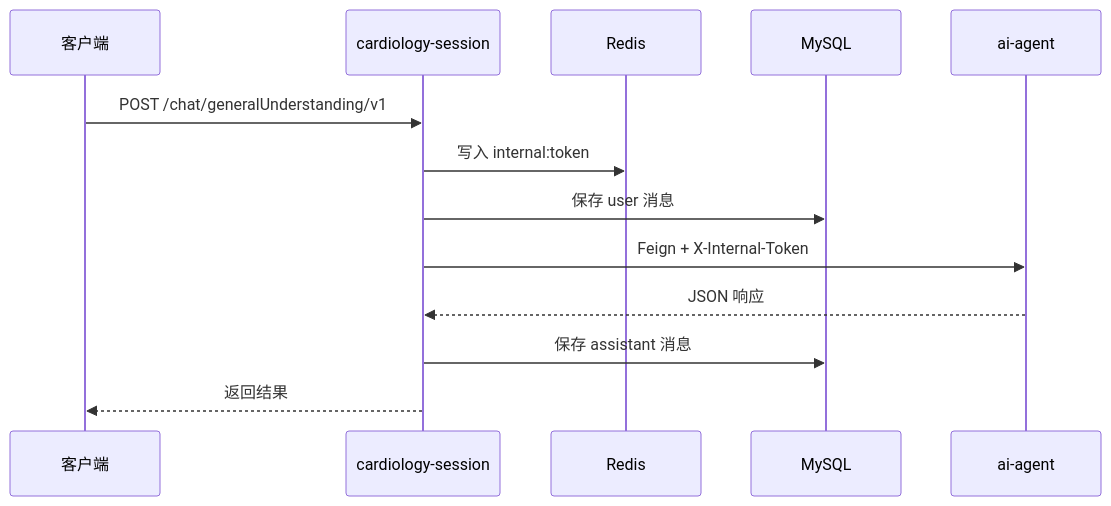
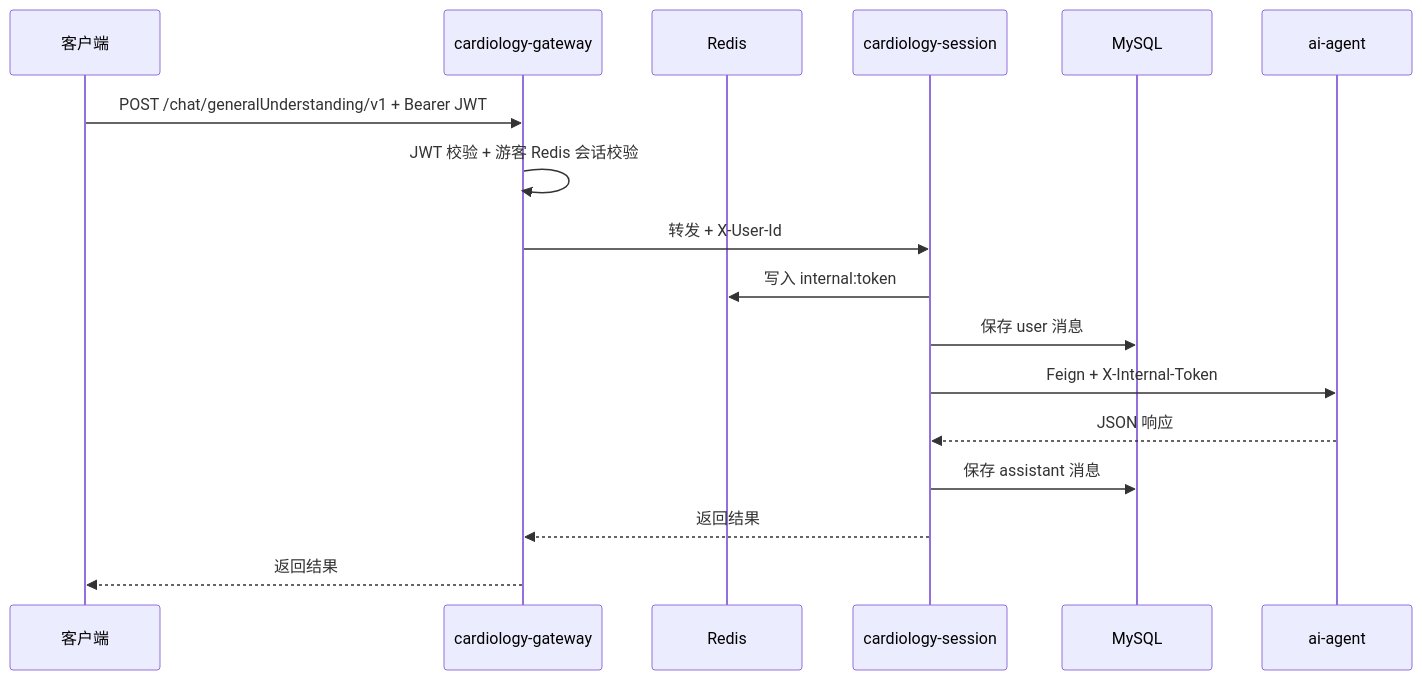
The diagram in services/cardiology-cloud/README.md (SherwinZeng/cardiologyintelligentagent), drawn with Mermaid before and after one commit. The commit also changed other lines of this file and 5 other files, not shown here.

````diff
--- a/services/cardiology-cloud/README.md
+++ b/services/cardiology-cloud/README.md
@@ -77,16 +91,20 @@
 ```mermaid
 sequenceDiagram
     participant C as 客户端
+    participant G as cardiology-gateway
+    participant R as Redis
     participant S as cardiology-session
-    participant R as Redis
     participant M as MySQL
     participant A as ai-agent
 
-    C->>S: POST /chat/generalUnderstanding/v1
+    C->>G: POST /chat/generalUnderstanding/v1 + Bearer JWT
+    G->>G: JWT 校验 + 游客 Redis 会话校验
+    G->>S: 转发 + X-User-Id
     S->>R: 写入 internal:token
     S->>M: 保存 user 消息
     S->>A: Feign + X-Internal-Token
     A-->>S: JSON 响应
     S->>M: 保存 assistant 消息
-    S-->>C: 返回结果
+    S-->>G: 返回结果
+    G-->>C: 返回结果
 ```
````
